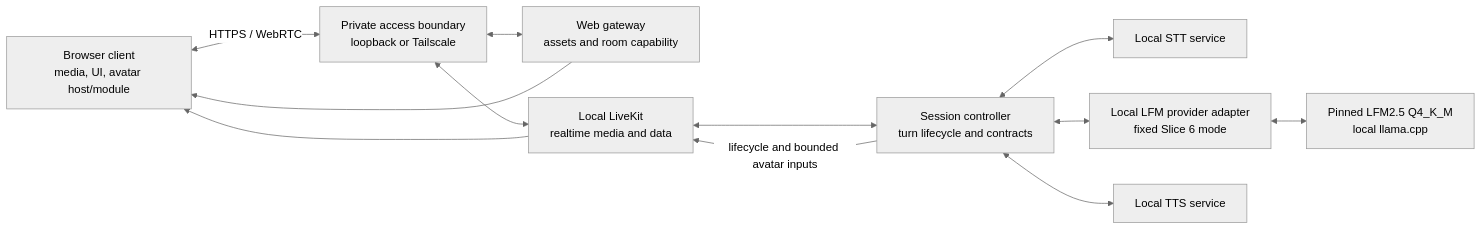
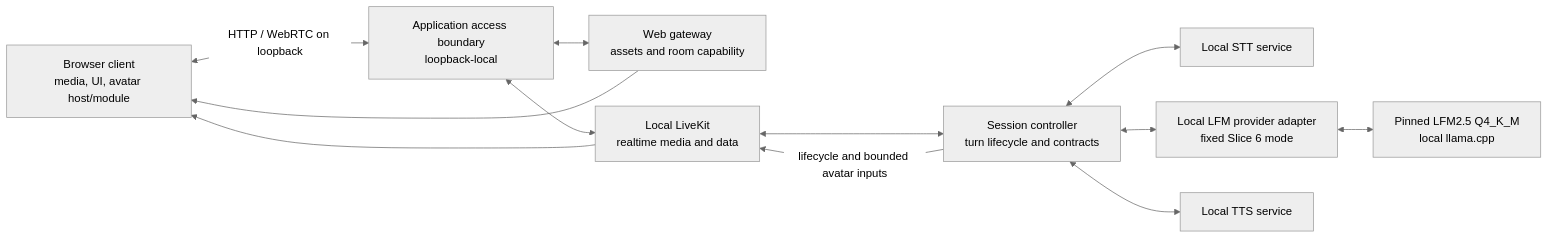
The diagram in docs/architecture.md (prineycom/voice-agent-v2), drawn with Mermaid (neutral theme) before and after one commit. The commit also changed other lines of this file and 45 other files, not shown here.

Commit message:
#11 fix(slice9-reliability): remove application Tailscale coupling

````diff
--- a/docs/architecture.md
+++ b/docs/architecture.md
@@ -50,24 +50,24 @@
 ```mermaid
 flowchart LR
     B["Browser client<br/>media, UI, avatar host/module"]
-    T["Private access boundary<br/>loopback or Tailscale"]
+    T["Application access boundary<br/>loopback-local"]
     G["Web gateway<br/>assets and room capability"]
     K["Local LiveKit<br/>realtime media and data"]
     C["Session controller<br/>turn lifecycle and contracts"]
     S["Local STT service"]
     P["Local LFM provider adapter<br/>fixed Slice 6 mode"]
     L["Pinned LFM2.5 Q4_K_M<br/>local llama.cpp"]
     V["Local TTS service"]
 
-    B <-->|HTTPS / WebRTC| T
+    B <-->|HTTP / WebRTC on loopback| T
     T <--> G
     T <--> K
     G --> B
     K <--> C
     C <--> S
     C <--> P
     P <--> L
     C <--> V
     C -->|lifecycle and bounded avatar inputs| K
     K --> B
 ```
````
